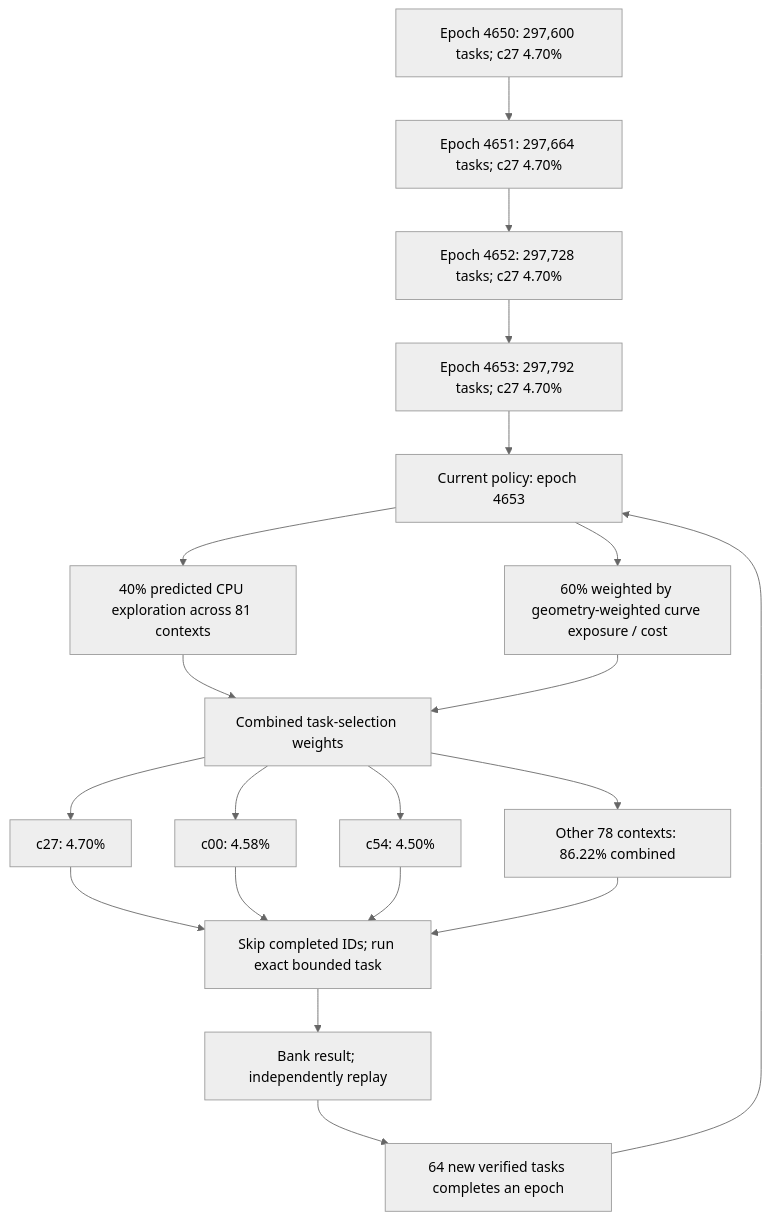
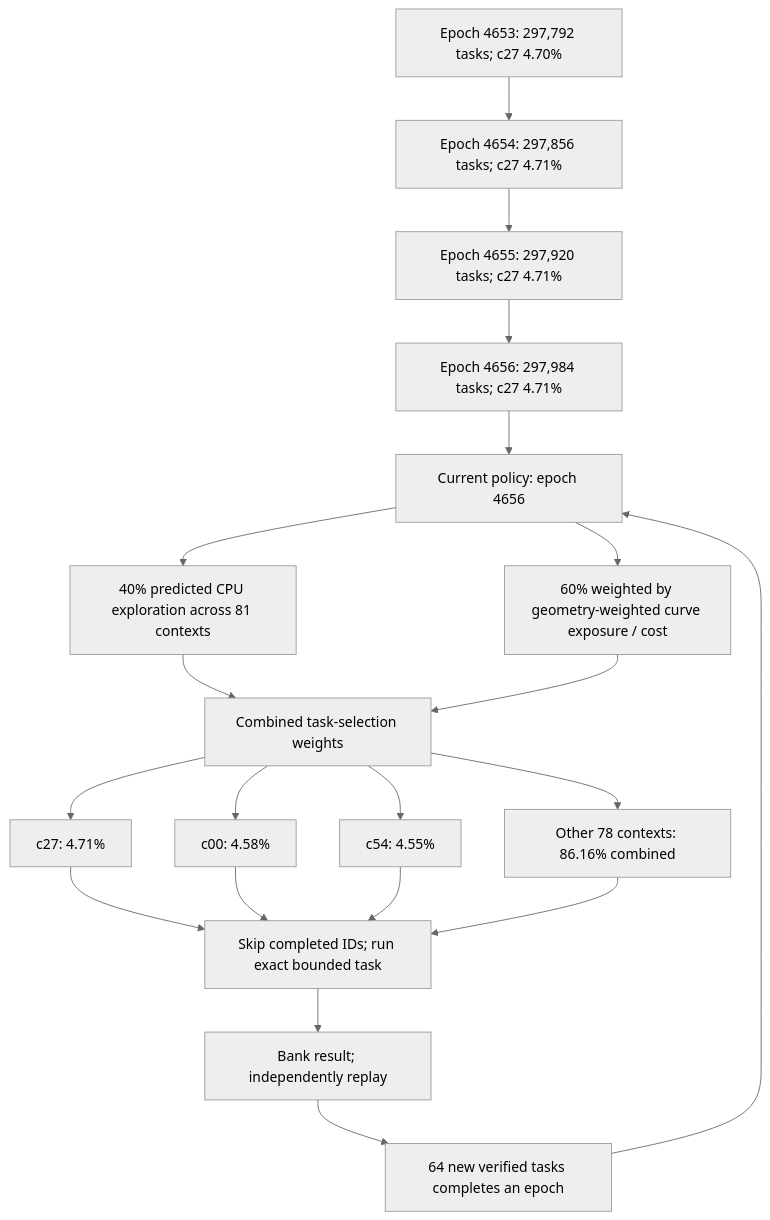
The first of 3 diagrams in README.md (Kuberwastaken/math-gambling), drawn with Mermaid (neutral theme) before and after one commit. The commit also changed other lines of this file and 2147 other files, not shown here.

````diff
--- a/README.md
+++ b/README.md
@@ -60,27 +60,27 @@
 ```mermaid
 flowchart TD
-    H0["Epoch 4650: 297,600 tasks; c27 4.70%"]
-    H1["Epoch 4651: 297,664 tasks; c27 4.70%"]
+    H0["Epoch 4653: 297,792 tasks; c27 4.70%"]
+    H1["Epoch 4654: 297,856 tasks; c27 4.71%"]
     H0 --> H1
-    H2["Epoch 4652: 297,728 tasks; c27 4.70%"]
+    H2["Epoch 4655: 297,920 tasks; c27 4.71%"]
     H1 --> H2
-    H3["Epoch 4653: 297,792 tasks; c27 4.70%"]
+    H3["Epoch 4656: 297,984 tasks; c27 4.71%"]
     H2 --> H3
-    Policy["Current policy: epoch 4653"]
+    Policy["Current policy: epoch 4656"]
     H3 --> Policy
     Policy --> Explore["40% predicted CPU exploration across 81 contexts"]
     Policy --> Cost["60% weighted by geometry-weighted curve exposure / cost"]
     Explore --> Mix["Combined task-selection weights"]
     Cost --> Mix
-    Mix --> C0["c27: 4.70%"]
+    Mix --> C0["c27: 4.71%"]
     Mix --> C1["c00: 4.58%"]
-    Mix --> C2["c54: 4.50%"]
-    Mix --> Rest["Other 78 contexts: 86.22% combined"]
+    Mix --> C2["c54: 4.55%"]
+    Mix --> Rest["Other 78 contexts: 86.16% combined"]
     C0 --> Check["Skip completed IDs; run exact bounded task"]
     C1 --> Check
     C2 --> Check
     Rest --> Check
     Check --> Replay["Bank result; independently replay"]
     Replay --> Gate["64 new verified tasks completes an epoch"]
     Gate --> Policy
 ```
````
